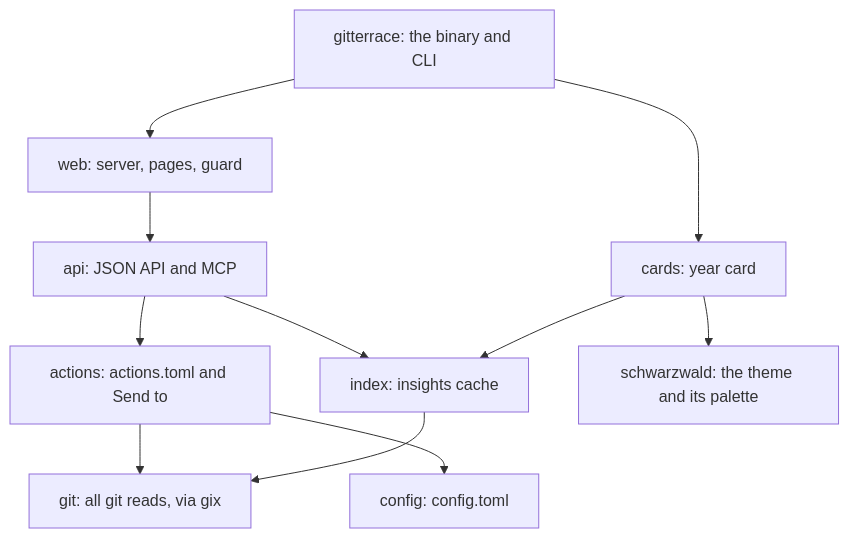
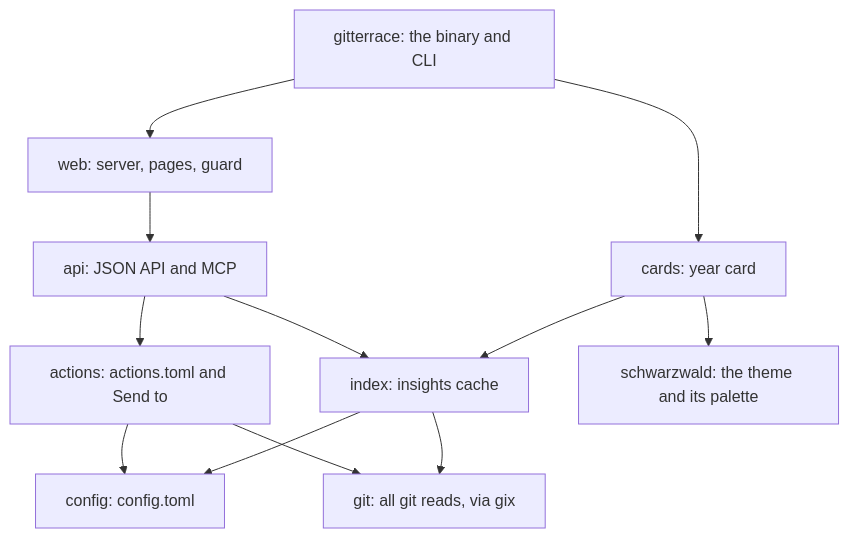
The diagram in docs/architecture.md (gitterrace/gitterrace), drawn with Mermaid before and after one commit. The commit also changed 19 other files, not shown here.

First line of the commit message:
fix(config): give the index block cache a share of resources.cache_mb

````diff
--- a/docs/architecture.md
+++ b/docs/architecture.md
@@ -4,22 +4,23 @@
 ```mermaid
 flowchart TD
   gitterrace["gitterrace: the binary and CLI"]
   actions["actions: actions.toml and Send to"]
   api["api: JSON API and MCP"]
   cards["cards: year card"]
   config["config: config.toml"]
   git["git: all git reads, via gix"]
   index["index: insights cache"]
   web["web: server, pages, guard"]
   schwarzwald["schwarzwald: the theme and its palette"]
   gitterrace --> cards
   gitterrace --> web
   actions --> config
   actions --> git
   api --> actions
   api --> index
   cards --> index
   cards --> schwarzwald
+  index --> config
   index --> git
   web --> api
 ```
````
